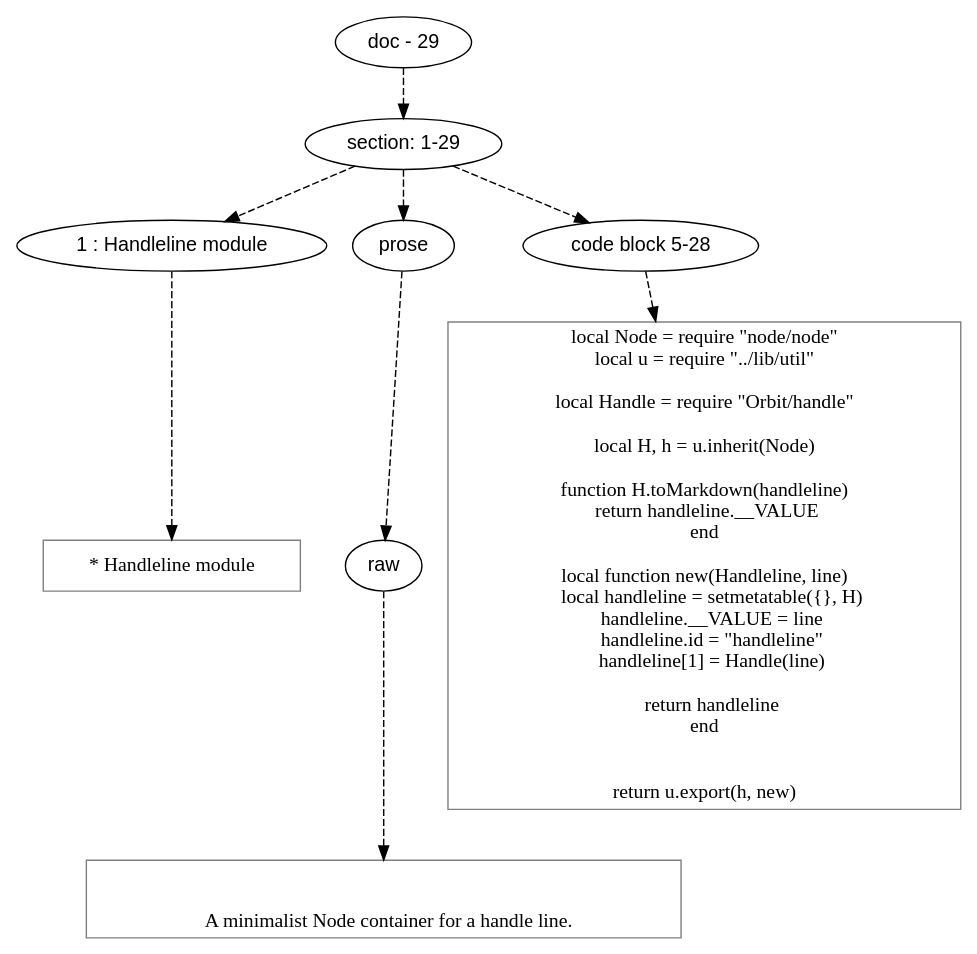
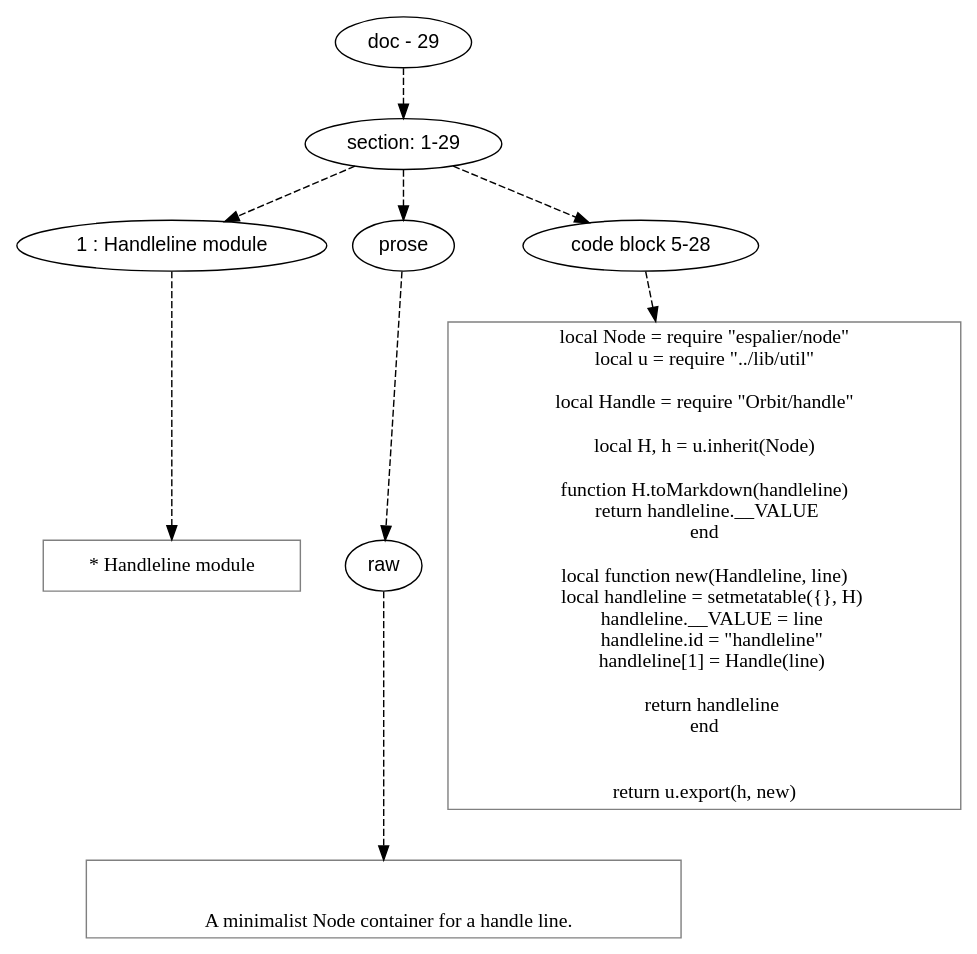
Before and after one commit to mnemnion/orb: the diagram in doc/dot/Orbit/handleline.dot, drawn with Graphviz. The commit also changed 203 other files, not shown here.

Commit message:
Refactor: "node" -> "espalier"

```diff
--- a/doc/dot/Orbit/handleline.dot
+++ b/doc/dot/Orbit/handleline.dot
@@ -1,74 +1,74 @@
 digraph lpegNode {
 
 node [fontname=Helvetica]
 edge [style=dashed]
 
 doc_0 [label="doc - 29"]
 
 
 doc_0 -> { section_1}
 {rank=same; section_1}
 
 section_1 [label="section: 1-29"]
 
 
 // END RANK doc_0
 
 section_1 -> { header_2 prose_3 codeblock_4}
 {rank=same; header_2 prose_3 codeblock_4}
 
 header_2 [label="1 : Handleline module"]
 
 prose_3 [label="prose"]
 
 codeblock_4 [label="code block 5-28"]
 
 
 // END RANK section_1
 
 header_2 -> leaf_5
 leaf_5  [color=Gray,shape=rectangle,fontname=Inconsolata,label=" * Handleline module"]
 // END RANK header_2
 
 prose_3 -> { raw_6}
 {rank=same; raw_6}
 
 raw_6 [label="raw"]
 
 
 // END RANK prose_3
 
 raw_6 -> leaf_7
 leaf_7  [color=Gray,shape=rectangle,fontname=Inconsolata,label="
 
    A minimalist Node container for a handle line.
 "]
 // END RANK raw_6
 
 codeblock_4 -> leaf_8
-leaf_8  [color=Gray,shape=rectangle,fontname=Inconsolata,label="local Node = require \"node/node\"
+leaf_8  [color=Gray,shape=rectangle,fontname=Inconsolata,label="local Node = require \"espalier/node\"
 local u = require \"../lib/util\"
 
 local Handle = require \"Orbit/handle\"
 
 local H, h = u.inherit(Node)
 
 function H.toMarkdown(handleline)
   return handleline.__VALUE
 end
 
 local function new(Handleline, line)
     local handleline = setmetatable({}, H)
     handleline.__VALUE = line
     handleline.id = \"handleline\"
     handleline[1] = Handle(line)
 
     return handleline
 end
 
 
 return u.export(h, new)"]
 // END RANK codeblock_4
 
 
 }
```
